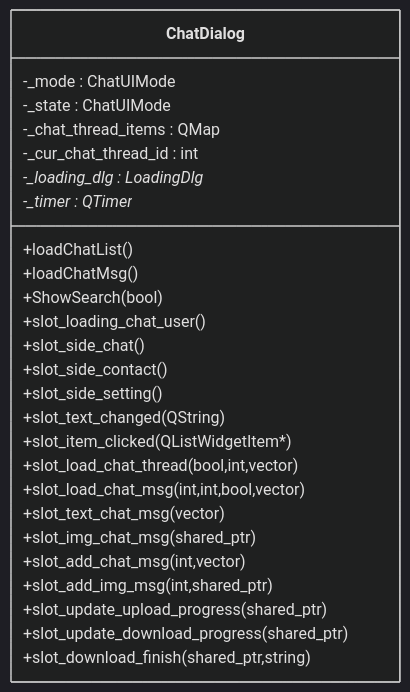
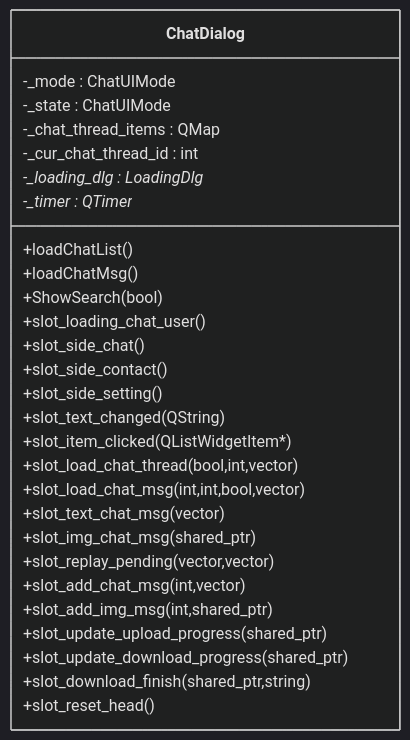
The third of 11 diagrams in .qoder/repowiki/zh/content/客户端开发/UI组件设计/聊天对话框组件.md (echo9923/mychatter), drawn with Mermaid (dark theme) before and after one commit. The commit also changed other lines of this file and 54 other files, not shown here.

````diff
--- a/.qoder/repowiki/zh/content/客户端开发/UI组件设计/聊天对话框组件.md
+++ b/.qoder/repowiki/zh/content/客户端开发/UI组件设计/聊天对话框组件.md
@@ -166,29 +197,31 @@
 ```mermaid
 classDiagram
 class ChatDialog {
 +loadChatList()
 +loadChatMsg()
 +ShowSearch(bool)
 -_mode : ChatUIMode
 -_state : ChatUIMode
 -_chat_thread_items : QMap<int,QListWidgetItem*>
 -_cur_chat_thread_id : int
 -_loading_dlg : LoadingDlg*
 -_timer : QTimer*
 +slot_loading_chat_user()
 +slot_side_chat()
 +slot_side_contact()
 +slot_side_setting()
 +slot_text_changed(QString)
 +slot_item_clicked(QListWidgetItem*)
 +slot_load_chat_thread(bool,int,vector)
 +slot_load_chat_msg(int,int,bool,vector)
 +slot_text_chat_msg(vector)
 +slot_img_chat_msg(shared_ptr)
++slot_replay_pending(vector,vector)
 +slot_add_chat_msg(int,vector)
 +slot_add_img_msg(int,shared_ptr)
 +slot_update_upload_progress(shared_ptr)
 +slot_update_download_progress(shared_ptr)
 +slot_download_finish(shared_ptr,string)
++slot_reset_head()
 }
 ```
````
